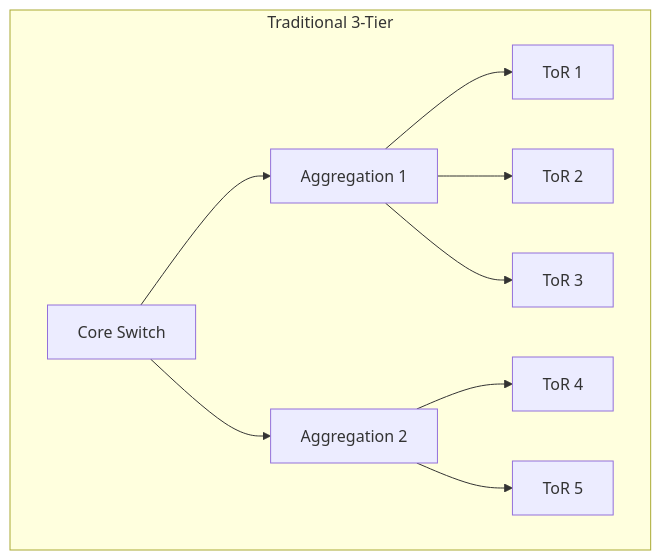
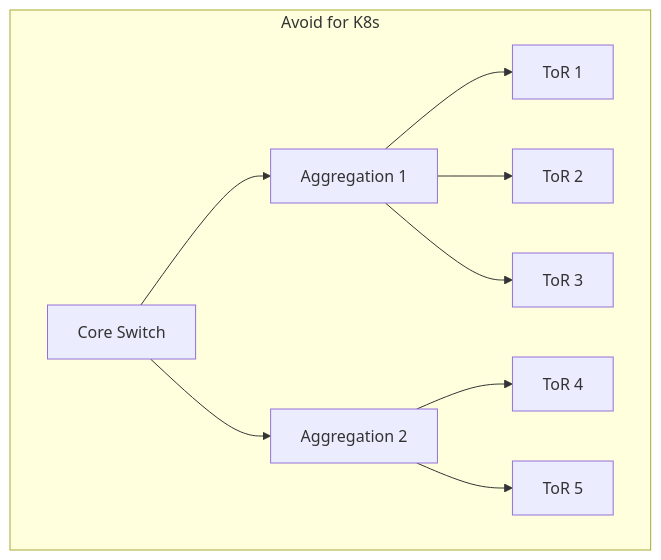
Before and after one commit to krisztiankoos/kubedojo: the first of 7 diagrams in src/content/docs/on-premises/networking/module-3.1-datacenter-networking.md, drawn with Mermaid. The commit also changed other lines of this file, not shown here.

````diff
--- a/src/content/docs/on-premises/networking/module-3.1-datacenter-networking.md
+++ b/src/content/docs/on-premises/networking/module-3.1-datacenter-networking.md
@@ -92,12 +48,12 @@
 ```mermaid
 flowchart TD
-    subgraph Traditional 3-Tier
+    subgraph Traditional 3-Tier [Avoid for K8s]
     C[Core Switch] --> A1[Aggregation 1]
     C --> A2[Aggregation 2]
     A1 --> T1[ToR 1]
     A1 --> T2[ToR 2]
     A1 --> T3[ToR 3]
     A2 --> T4[ToR 4]
     A2 --> T5[ToR 5]
     end
 ```
````
